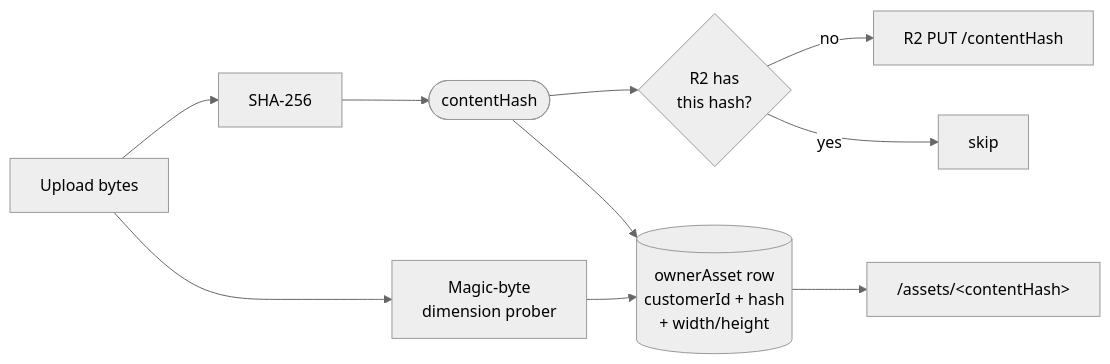
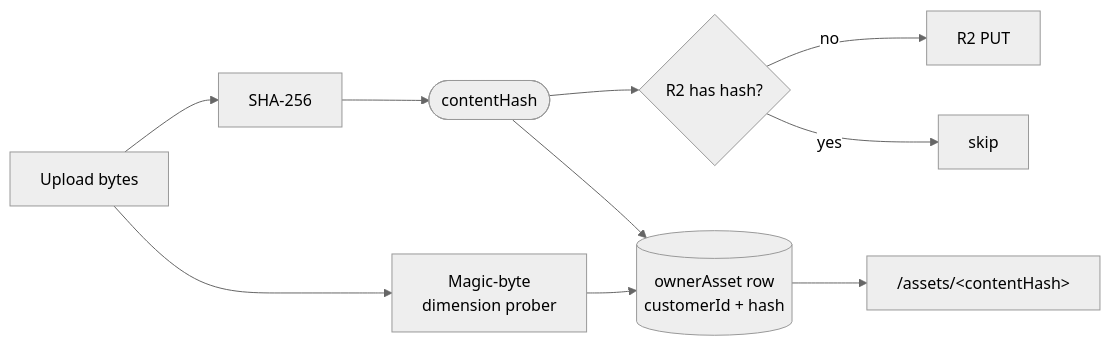
Before and after one commit to aayushman-singh/open-canvas: the fourth of 35 diagrams in docs/demo/diagrams/live-draw-reference.md, drawn with Mermaid (neutral theme). The commit also changed other lines of this file and 1 other file, not shown here.

````diff
--- a/docs/demo/diagrams/live-draw-reference.md
+++ b/docs/demo/diagrams/live-draw-reference.md
@@ -192,12 +163,12 @@
 ```mermaid
 flowchart LR
   up[Upload bytes] --> hash[SHA-256]
   up --> probe[Magic-byte<br/>dimension prober]
   hash --> ch([contentHash])
-  ch --> q{R2 has<br/>this hash?}
-  q -- no --> r2w[R2 PUT /contentHash]
+  ch --> q{R2 has hash?}
+  q -- no --> r2w[R2 PUT]
   q -- yes --> skip[skip]
-  ch --> row[(ownerAsset row<br/>customerId + hash<br/>+ width/height)]
+  ch --> row[(ownerAsset row<br/>customerId + hash)]
   probe --> row
   row --> url["/assets/&lt;contentHash&gt;"]
 ```
````
